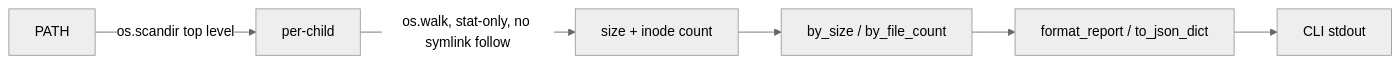
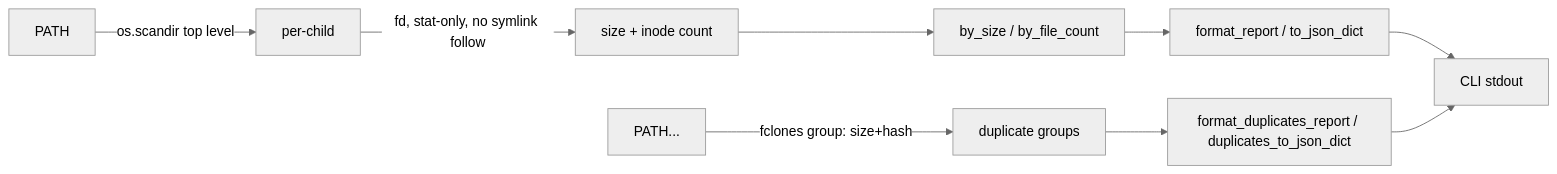
One commit to scitex-ai/scitex-storage changed the diagram in README.md. Above: the diagram before and after it, drawn with Mermaid (neutral theme). The commit also changed other lines of this file and 14 other files, not shown here.

````diff
--- a/README.md
+++ b/README.md
@@ -117,8 +190,12 @@
 ```mermaid
 flowchart LR
     A[PATH] -->|os.scandir top level| B[per-child]
-    B -->|os.walk, stat-only, no symlink follow| C[size + inode count]
+    B -->|fd, stat-only, no symlink follow| C[size + inode count]
     C --> D[by_size / by_file_count]
     D --> E[format_report / to_json_dict]
     E --> F[CLI stdout]
+
+    G[PATH...] -->|fclones group: size+hash| H[duplicate groups]
+    H --> I[format_duplicates_report / duplicates_to_json_dict]
+    I --> F
 ```
````
